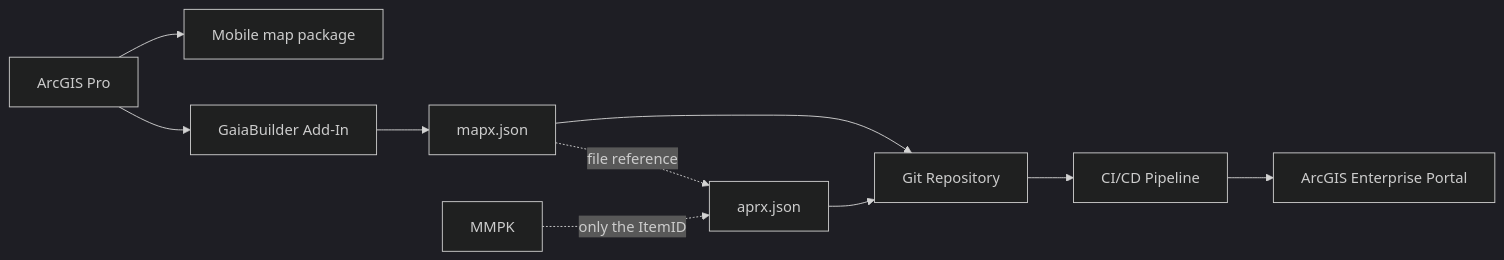
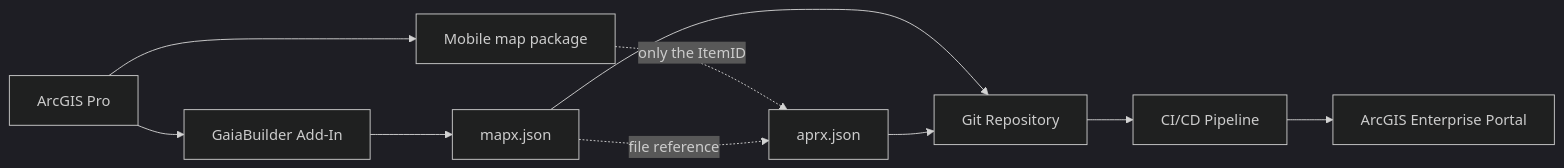
The diagram in Configuration_examples/Mobile map package/README.md (merkator-software/GaiaBuilder-manual), drawn with Mermaid (dark theme) before and after one commit.

Commit message:
Fix casing for 'mmpk' in README.md

````diff
--- a/Configuration_examples/Mobile map package/README.md
+++ b/Configuration_examples/Mobile map package/README.md
@@ -16,21 +16,21 @@
 ```mermaid
 graph LR
   pro[ArcGIS Pro]
   addon[GaiaBuilder Add-In]
   mmpk[Mobile map package]
   mapx[mapx.json]
   aprx[aprx.json]
   git[Git Repository]
   pipeline[CI/CD Pipeline]
   portal[ArcGIS Enterprise Portal]
 
   pro --> mmpk
-  MMPK -.->|only the ItemID| aprx
+  mmpk -.->|only the ItemID| aprx
   pro --> addon
   addon --> mapx
   mapx --> git
   mapx -.->|file reference|aprx
   aprx --> git
   git --> pipeline
   pipeline --> portal
 ```
````
